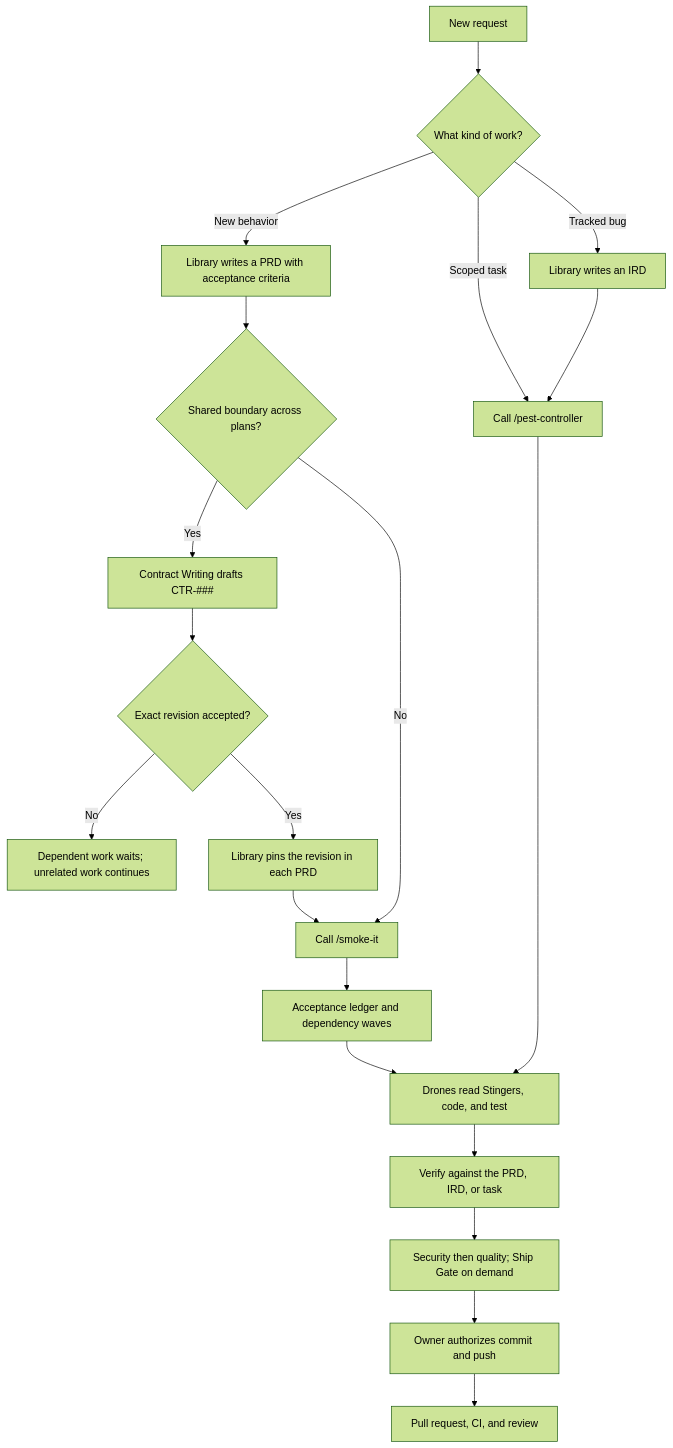
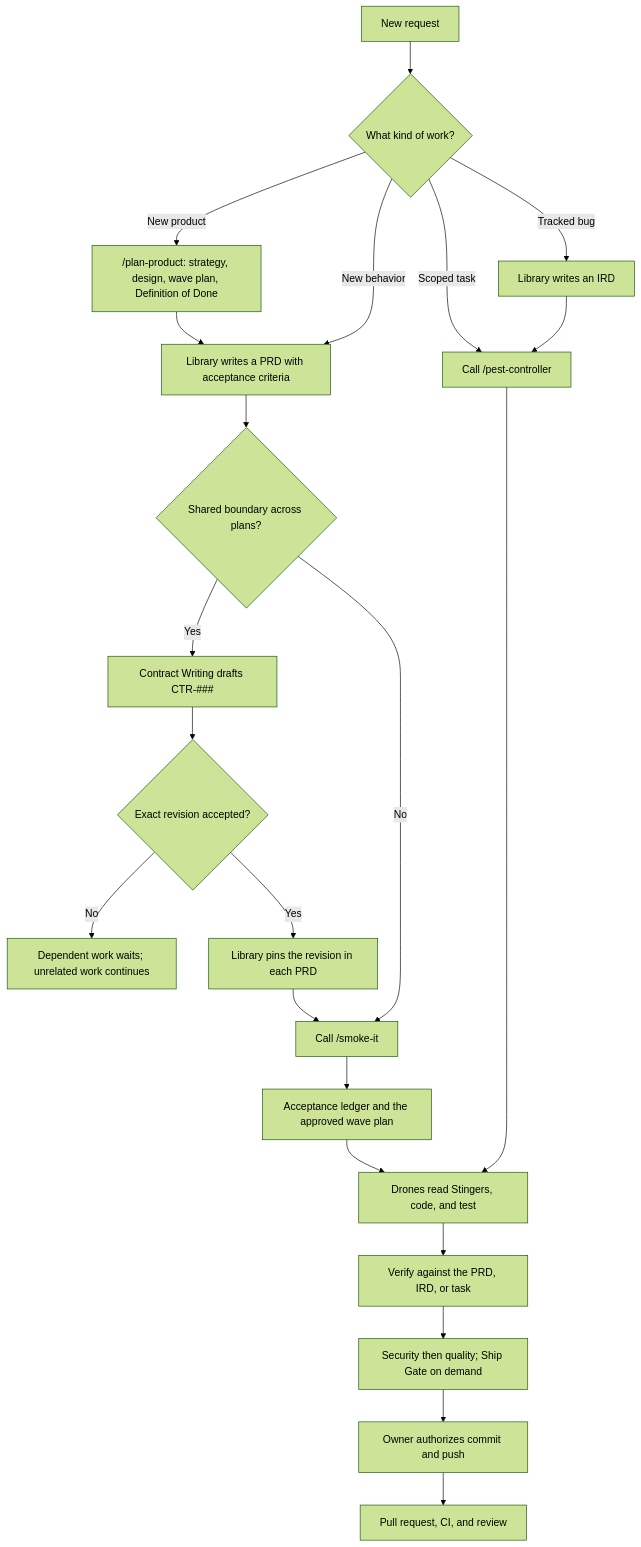
Before and after one commit to chrisl10/vibe-coding-tools: the first of 2 diagrams in README.md, drawn with Mermaid (forest theme). The commit also changed other lines of this file and 15 other files, not shown here.

````diff
--- a/README.md
+++ b/README.md
@@ -81,22 +83,24 @@
 ```mermaid
 flowchart TD
     A["New request"] --> B{"What kind of work?"}
+    B -- New product --> PS["/plan-product: strategy, design, wave plan, Definition of Done"]
+    PS --> P
     B -- New behavior --> P["Library writes a PRD with acceptance criteria"]
     B -- Tracked bug --> I["Library writes an IRD"]
     B -- Scoped task --> R["Call /pest-controller"]
     P --> C{"Shared boundary across plans?"}
     C -- Yes --> D["Contract Writing drafts CTR-###"]
     D --> E{"Exact revision accepted?"}
     E -- No --> W["Dependent work waits; unrelated work continues"]
     E -- Yes --> PIN["Library pins the revision in each PRD"]
     PIN --> S["Call /smoke-it"]
     C -- No --> S
     I --> R
-    S --> L["Acceptance ledger and dependency waves"]
+    S --> L["Acceptance ledger and the approved wave plan"]
     L --> CODE["Drones read Stingers, code, and test"]
     R --> CODE
     CODE --> V["Verify against the PRD, IRD, or task"]
     V --> G["Security then quality; Ship Gate on demand"]
     G --> H["Owner authorizes commit and push"]
     H --> PR["Pull request, CI, and review"]
 ```
````
